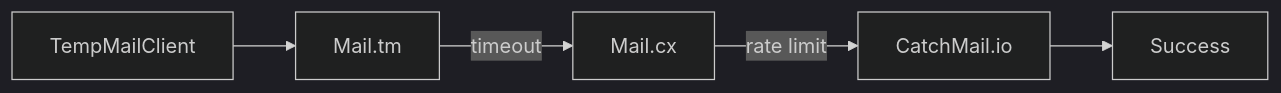
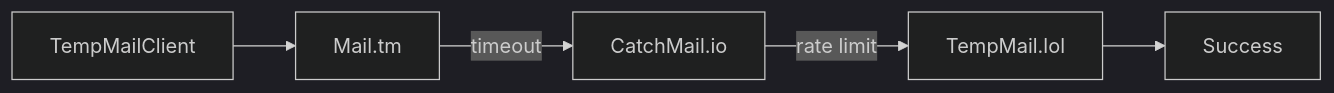
One commit to 0xdzik/multitempmail changed the first of 3 diagrams in README.md. Above: the diagram before and after it, drawn with Mermaid (dark theme). The commit also changed other lines of this file, not shown here.

````diff
--- a/README.md
+++ b/README.md
@@ -139,7 +157,7 @@
 ```mermaid
 flowchart LR
     Client[TempMailClient] --> Tm[Mail.tm]
-    Tm -- "timeout" --> Cx[Mail.cx]
-    Cx -- "rate limit" --> Ca[CatchMail.io]
-    Ca --> Ok[Success]
+    Tm -- "timeout" --> Ca[CatchMail.io]
+    Ca -- "rate limit" --> Tl[TempMail.lol]
+    Tl --> Ok[Success]
 ```
````
